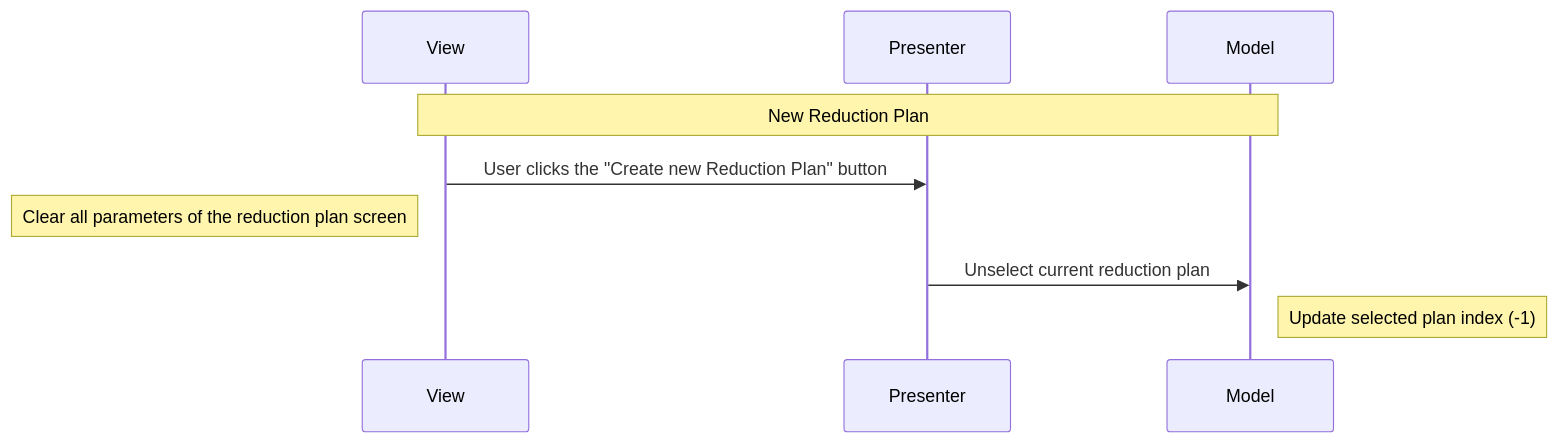
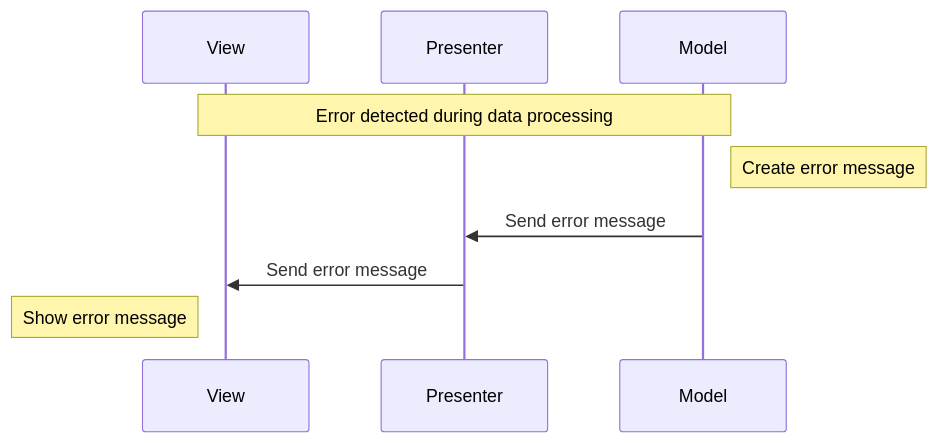
One commit to neutrons/garnet changed diagram 14 of 14 in docs/source/design/reduction_plan_mvp.rst. Above: the diagram before and after it, drawn with Mermaid. The commit also changed other lines of this file and 4 other files, not shown here.

```diff
--- a/docs/source/design/reduction_plan_mvp.rst
+++ b/docs/source/design/reduction_plan_mvp.rst
@@ -387,12 +531,12 @@
-.. mermaid::
+    .. mermaid::
 
-    sequenceDiagram
-        participant View
-        participant Presenter
-        participant Model
+        sequenceDiagram
+            participant View
+            participant Presenter
+            participant Model
 
-        Note over View,Model: New Reduction Plan
-        View->>Presenter: User clicks the "Create new Reduction Plan" button
-        Note left of View: Clear all parameters of the reduction plan screen
-        Presenter->>Model: Unselect current reduction plan
-        Note right of Model: Update selected plan index (-1)
+            Note over View,Model: Error detected during data processing
+            Note right of Model: Create error message
+            Model->>Presenter: Send error message
+            Presenter->>View: Send error message
+            Note left of View: Show error message
```
